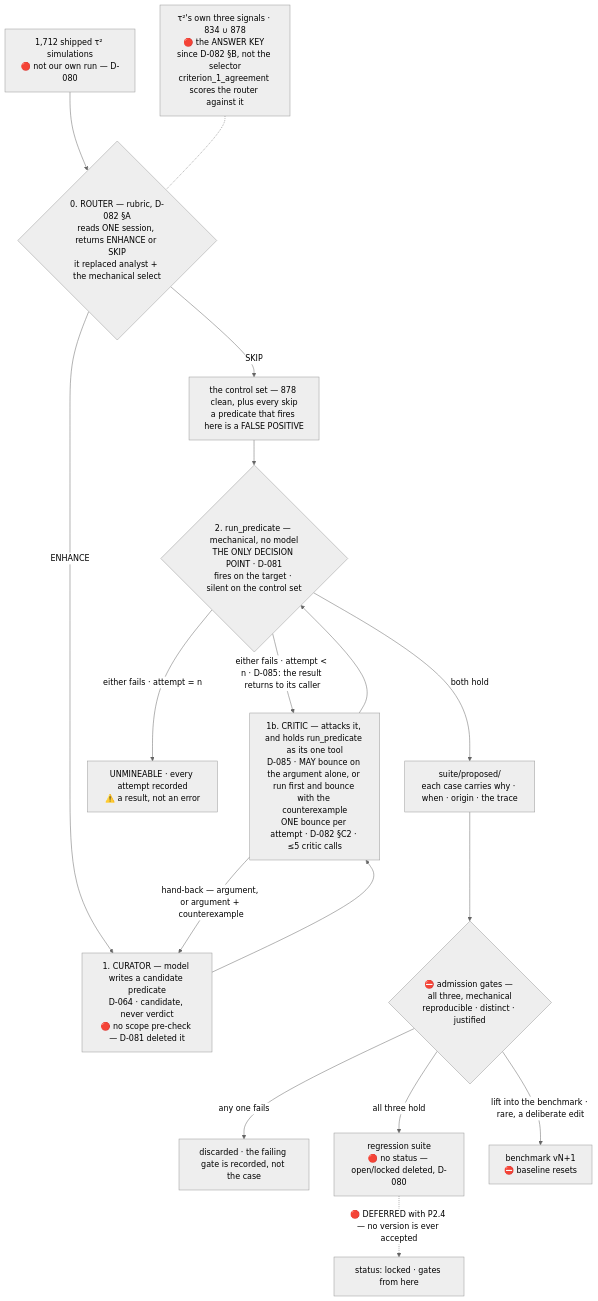
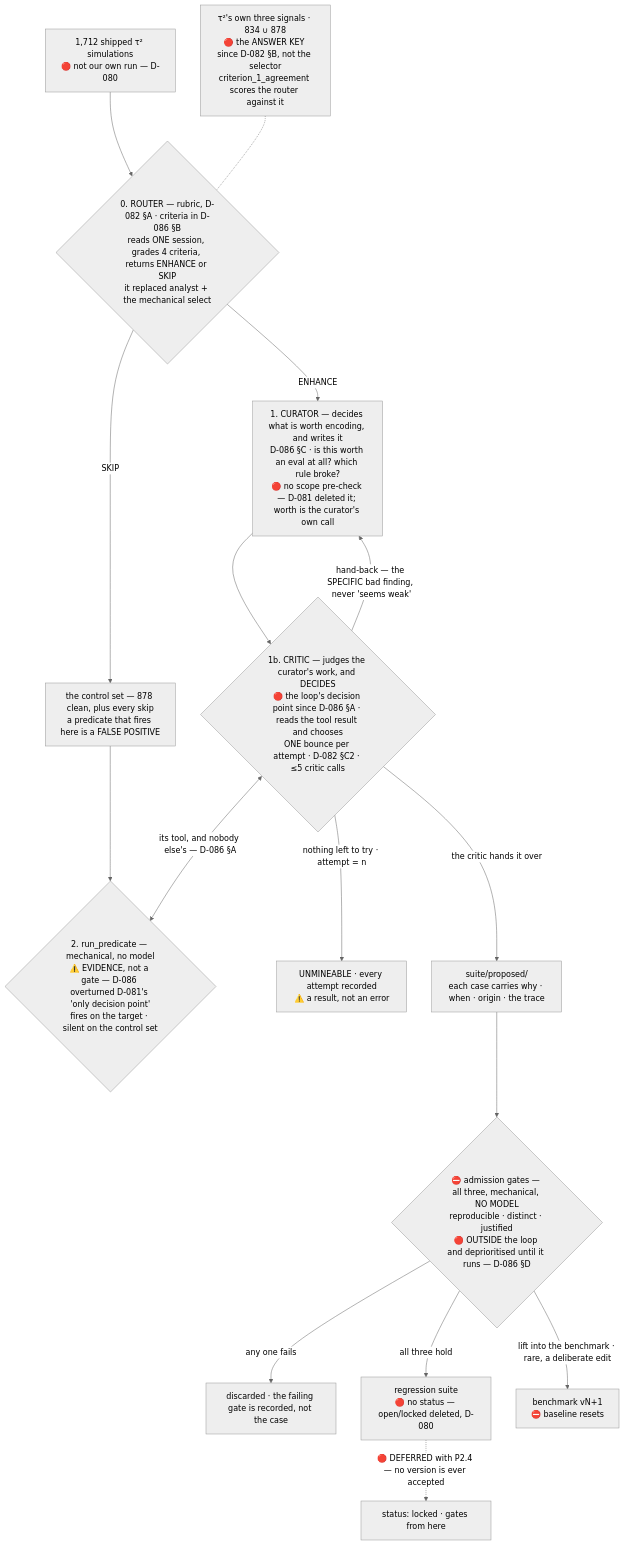
Before and after one commit to sandeepyadav1478/touchstone: the diagram in docs/02-gates.md, drawn with Mermaid (neutral theme). The commit also changed other lines of this file and 6 other files, not shown here.

First line of the commit message:
D-086: the critic decides, the rubric gets criteria, admission leaves the loop

````diff
--- a/docs/02-gates.md
+++ b/docs/02-gates.md
@@ -352,19 +363,18 @@
 ```mermaid
 flowchart TB
-  SCORE["1,712 shipped τ² simulations<br/>🔴 not our own run — D-080"] --> ROUTER{"0. ROUTER — rubric, D-082 §A<br/>reads ONE session, returns ENHANCE or SKIP<br/>it replaced analyst + the mechanical select"}
+  SCORE["1,712 shipped τ² simulations<br/>🔴 not our own run — D-080"] --> ROUTER{"0. ROUTER — rubric, D-082 §A · criteria in D-086 §B<br/>reads ONE session, grades 4 criteria, returns ENHANCE or SKIP<br/>it replaced analyst + the mechanical select"}
   ROUTER -->|SKIP| CLEAN["the control set — 878 clean, plus every skip<br/>a predicate that fires here is a FALSE POSITIVE"]
   KEY["τ²'s own three signals · 834 ∪ 878<br/>🔴 the ANSWER KEY since D-082 §B, not the selector<br/>criterion_1_agreement scores the router against it"] -.- ROUTER
-  ROUTER -->|ENHANCE| TRANS["1. CURATOR — model writes a candidate predicate<br/>D-064 · candidate, never verdict<br/>🔴 no scope pre-check — D-081 deleted it"]
-  TRANS --> CRIT["1b. CRITIC — attacks it, and holds run_predicate as its one tool<br/>D-085 · MAY bounce on the argument alone, or run first and bounce with the counterexample<br/>ONE bounce per attempt · D-082 §C2 · ≤5 critic calls"]
-  CRIT --> TEST{"2. run_predicate — mechanical, no model<br/>THE ONLY DECISION POINT · D-081<br/>fires on the target · silent on the control set"}
+  ROUTER -->|ENHANCE| TRANS["1. CURATOR — decides what is worth encoding, and writes it<br/>D-086 §C · is this worth an eval at all? which rule broke?<br/>🔴 no scope pre-check — D-081 deleted it; worth is the curator's own call"]
+  TRANS --> CRIT{"1b. CRITIC — judges the curator's work, and DECIDES<br/>🔴 the loop's decision point since D-086 §A · reads the tool result and chooses<br/>ONE bounce per attempt · D-082 §C2 · ≤5 critic calls"}
+  CRIT <-->|"its tool, and nobody else's — D-086 §A"| TEST{"2. run_predicate — mechanical, no model<br/>⚠️ EVIDENCE, not a gate — D-086 overturned D-081's 'only decision point'<br/>fires on the target · silent on the control set"}
   CLEAN --> TEST
-  TEST -->|"either fails · attempt < n · D-085: the result returns to its caller"| CRIT
-  CRIT -->|"hand-back — argument, or argument + counterexample"| TRANS
-  TEST -->|"either fails · attempt = n"| UNM["UNMINEABLE · every attempt recorded<br/>⚠️ a result, not an error"]
-  TEST -->|both hold| PROP["suite/proposed/<br/>each case carries why · when · origin · the trace"]
-  PROP --> ADMIT{"⛔ admission gates — all three, mechanical<br/>reproducible · distinct · justified"}
+  CRIT -->|"hand-back — the SPECIFIC bad finding, never 'seems weak'"| TRANS
+  CRIT -->|"nothing left to try · attempt = n"| UNM["UNMINEABLE · every attempt recorded<br/>⚠️ a result, not an error"]
+  CRIT -->|"the critic hands it over"| PROP["suite/proposed/<br/>each case carries why · when · origin · the trace"]
+  PROP --> ADMIT{"⛔ admission gates — all three, mechanical, NO MODEL<br/>reproducible · distinct · justified<br/>🔴 OUTSIDE the loop and deprioritised until it runs — D-086 §D"}
   ADMIT -->|any one fails| DROP["discarded · the failing gate is recorded, not the case"]
   ADMIT -->|all three hold| REG["regression suite<br/>🔴 no status — open/locked deleted, D-080"]
   REG -.->|"🔴 DEFERRED with P2.4 — no version is ever accepted"| LOCK["status: locked · gates from here"]
   ADMIT -->|"lift into the benchmark · rare, a deliberate edit"| BENCH["benchmark vN+1<br/>⛔ baseline resets"]
 ```
````
